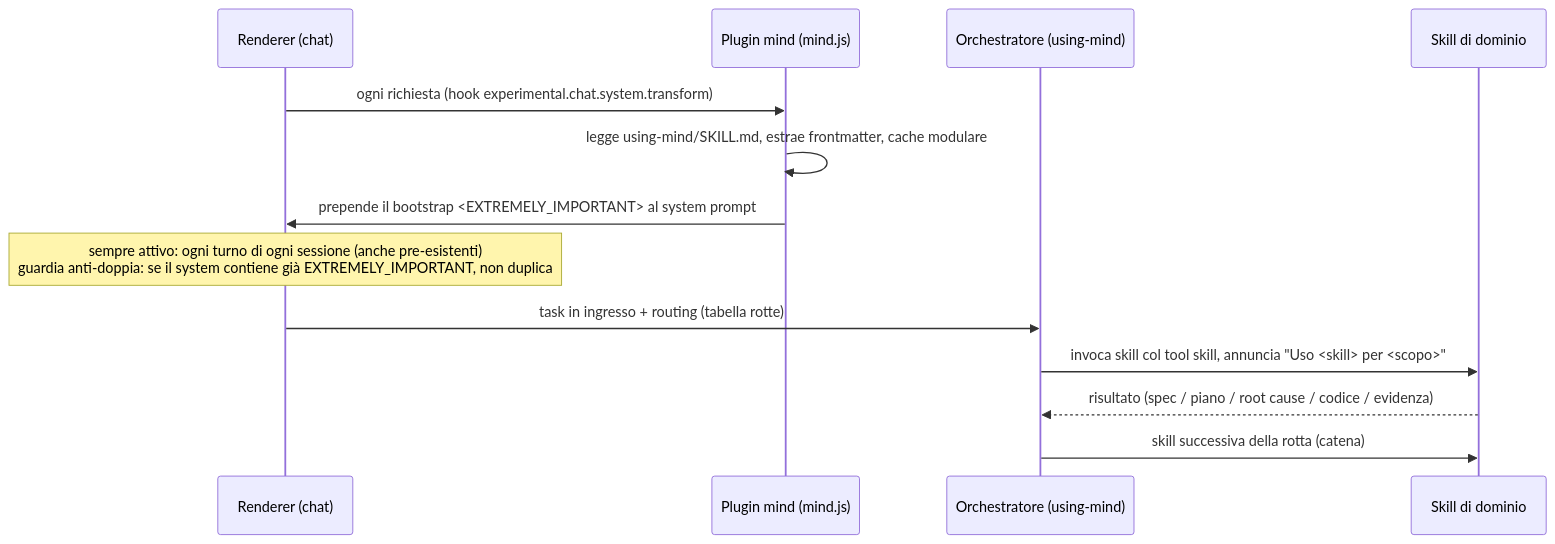
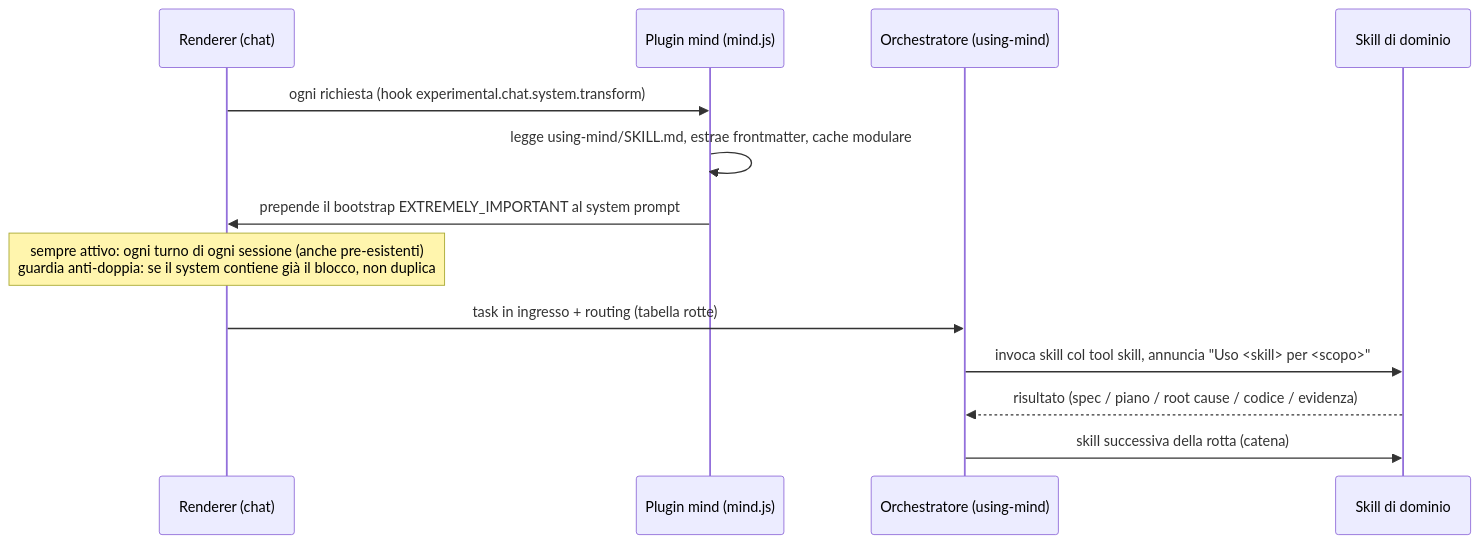
One commit to Kyriga-CGX/OpenCode-Skill-memory changed the second of 5 diagrams in README.md. Above: the diagram before and after it, drawn with Mermaid. The commit also changed other lines of this file and 1 other file, not shown here.

Commit message:
Update README + system-diagram: 26 skills, new routes (recall/setup/documents/git), fix Mermaid escaping

````diff
--- a/README.md
+++ b/README.md
@@ -53,16 +53,16 @@
 ```mermaid
 sequenceDiagram
     participant R as Renderer (chat)
     participant P as Plugin mind (mind.js)
     participant O as Orchestratore (using-mind)
     participant S as Skill di dominio
 
     R->>P: ogni richiesta (hook experimental.chat.system.transform)
     P->>P: legge using-mind/SKILL.md, estrae frontmatter, cache modulare
-    P->>R: prepende il bootstrap <EXTREMELY_IMPORTANT> al system prompt
-    Note over R: sempre attivo: ogni turno di ogni sessione (anche pre-esistenti)<br/>guardia anti-doppia: se il system contiene già EXTREMELY_IMPORTANT, non duplica
+    P->>R: prepende il bootstrap EXTREMELY_IMPORTANT al system prompt
+    Note over R: sempre attivo: ogni turno di ogni sessione (anche pre-esistenti)<br/>guardia anti-doppia: se il system contiene già il blocco, non duplica
     R->>O: task in ingresso + routing (tabella rotte)
     O->>S: invoca skill col tool skill, annuncia "Uso <skill> per <scopo>"
     S-->>O: risultato (spec / piano / root cause / codice / evidenza)
     O->>S: skill successiva della rotta (catena)
 ```
````
